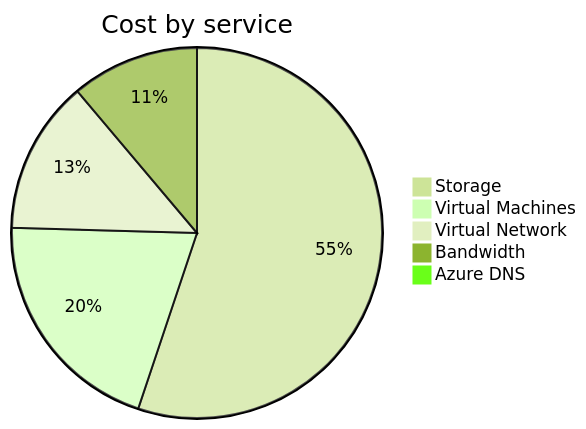
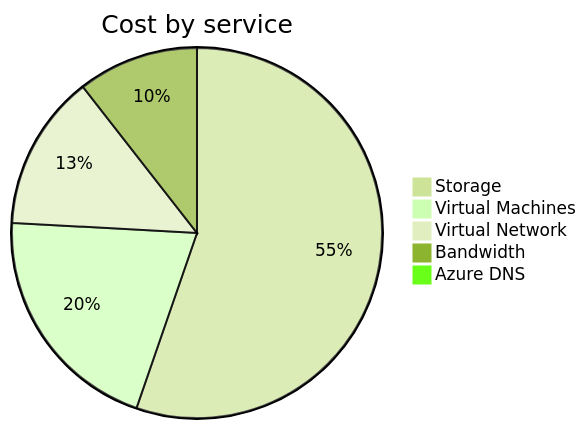
The second of 4 diagrams in cost-reports/personal-network/README.md (jpfulton/azure-personal-reports), drawn with Mermaid (forest theme) before and after one commit. The commit also changed other lines of this file and 8 other files, not shown here.

````diff
--- a/cost-reports/personal-network/README.md
+++ b/cost-reports/personal-network/README.md
@@ -99,9 +99,9 @@
 ```mermaid
 pie
    title Cost by service
-   "Storage" : 13.79
-   "Virtual Machines" : 5.08
-   "Virtual Network" : 3.35
+   "Storage" : 14.62
+   "Virtual Machines" : 5.44
+   "Virtual Network" : 3.59
    "Bandwidth" : 2.79
-   "Azure DNS" : 0.22
+   "Azure DNS" : 0.24
 ```
````
